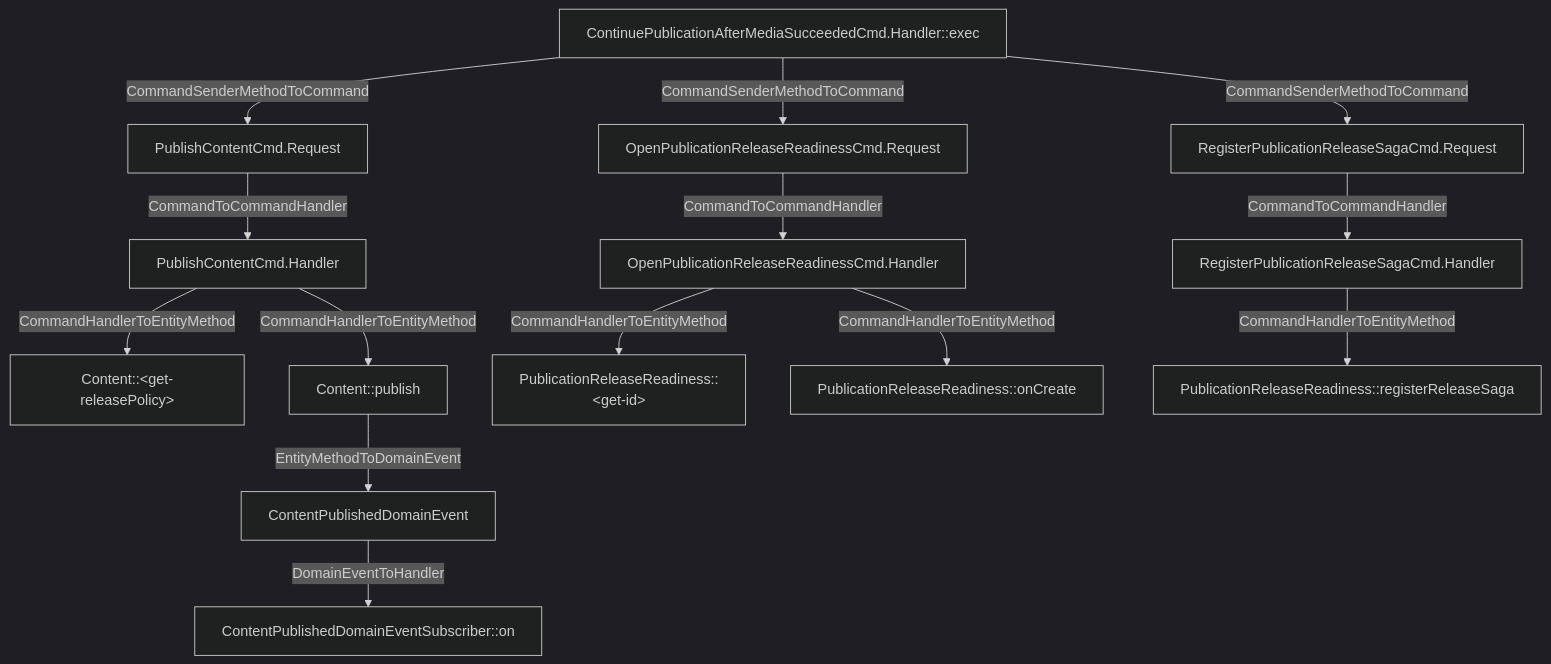
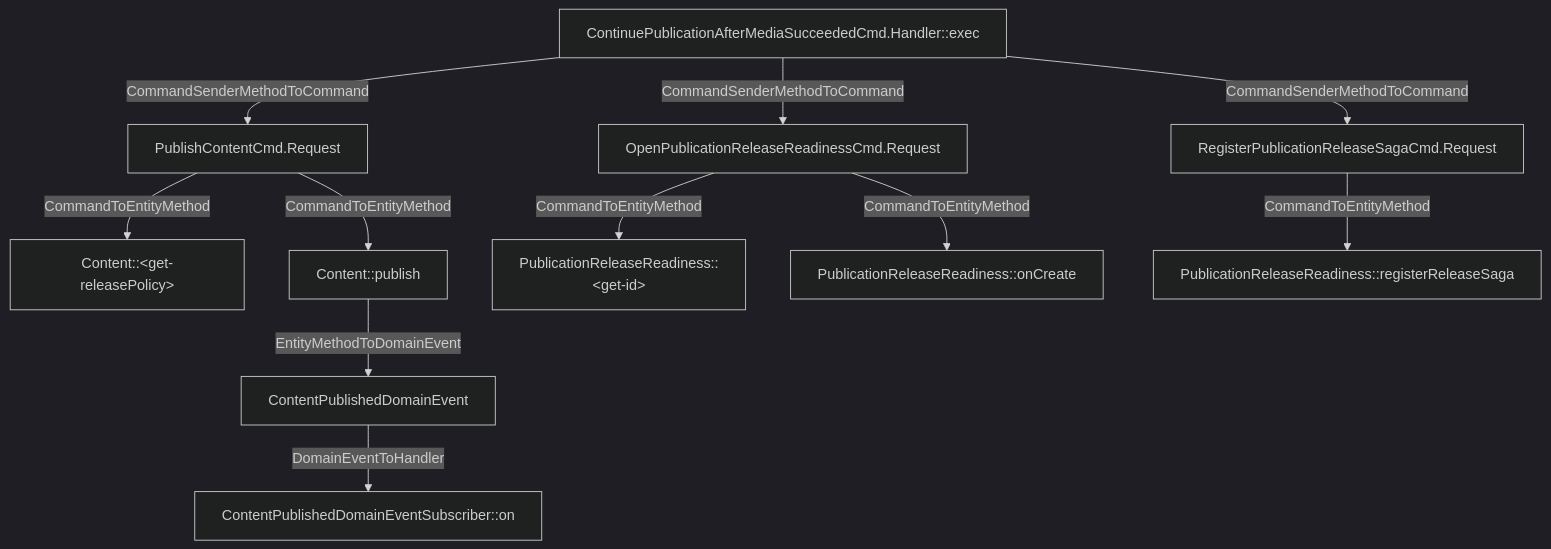
Before and after one commit to LDmoxeii/cap4k-reference-content-studio: the diagram in analysis/flows/com_only4_cap4k_reference_contentstudio_application_commands_content_workflow_Co.mmd, drawn with Mermaid (dark theme). The commit also changed 32 other files, not shown here.

Commit message:
chore: regenerate analysis flows

```diff
--- a/analysis/flows/com_only4_cap4k_reference_contentstudio_application_commands_content_workflow_Co.mmd
+++ b/analysis/flows/com_only4_cap4k_reference_contentstudio_application_commands_content_workflow_Co.mmd
@@ -1,28 +1,22 @@
 flowchart TD
   N1[ContinuePublicationAfterMediaSucceededCmd.Handler::exec]
-  N2[PublishContentCmd.Handler]
-  N3[PublishContentCmd.Request]
-  N4[OpenPublicationReleaseReadinessCmd.Handler]
-  N5[OpenPublicationReleaseReadinessCmd.Request]
-  N6[RegisterPublicationReleaseSagaCmd.Handler]
-  N7[RegisterPublicationReleaseSagaCmd.Request]
-  N8[ContentPublishedDomainEventSubscriber::on]
-  N9[Content::&lt;get-releasePolicy&gt;]
-  N10[Content::publish]
-  N11[ContentPublishedDomainEvent]
-  N12[PublicationReleaseReadiness::&lt;get-id&gt;]
-  N13[PublicationReleaseReadiness::onCreate]
-  N14[PublicationReleaseReadiness::registerReleaseSaga]
+  N2[PublishContentCmd.Request]
+  N3[OpenPublicationReleaseReadinessCmd.Request]
+  N4[RegisterPublicationReleaseSagaCmd.Request]
+  N5[ContentPublishedDomainEventSubscriber::on]
+  N6[Content::&lt;get-releasePolicy&gt;]
+  N7[Content::publish]
+  N8[ContentPublishedDomainEvent]
+  N9[PublicationReleaseReadiness::&lt;get-id&gt;]
+  N10[PublicationReleaseReadiness::onCreate]
+  N11[PublicationReleaseReadiness::registerReleaseSaga]
+  N1 -->|CommandSenderMethodToCommand| N2
   N1 -->|CommandSenderMethodToCommand| N3
-  N1 -->|CommandSenderMethodToCommand| N5
-  N1 -->|CommandSenderMethodToCommand| N7
-  N2 -->|CommandHandlerToEntityMethod| N9
-  N2 -->|CommandHandlerToEntityMethod| N10
-  N3 -->|CommandToCommandHandler| N2
-  N4 -->|CommandHandlerToEntityMethod| N12
-  N4 -->|CommandHandlerToEntityMethod| N13
-  N5 -->|CommandToCommandHandler| N4
-  N6 -->|CommandHandlerToEntityMethod| N14
-  N7 -->|CommandToCommandHandler| N6
-  N10 -->|EntityMethodToDomainEvent| N11
-  N11 -->|DomainEventToHandler| N8
+  N1 -->|CommandSenderMethodToCommand| N4
+  N2 -->|CommandToEntityMethod| N6
+  N2 -->|CommandToEntityMethod| N7
+  N3 -->|CommandToEntityMethod| N9
+  N3 -->|CommandToEntityMethod| N10
+  N4 -->|CommandToEntityMethod| N11
+  N7 -->|EntityMethodToDomainEvent| N8
+  N8 -->|DomainEventToHandler| N5
```
